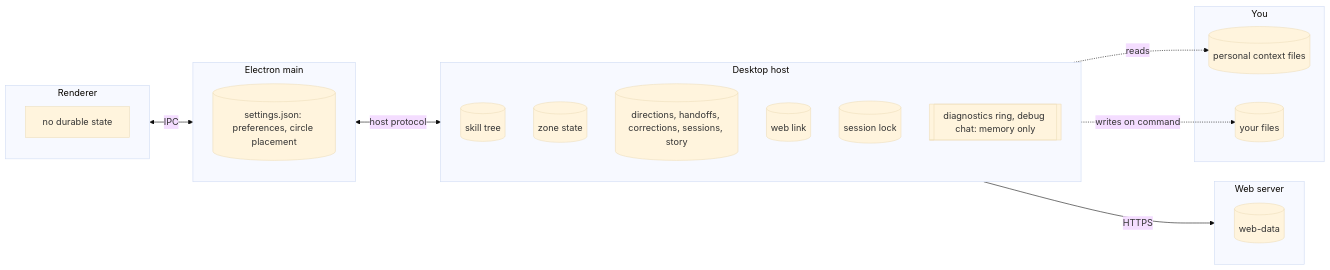
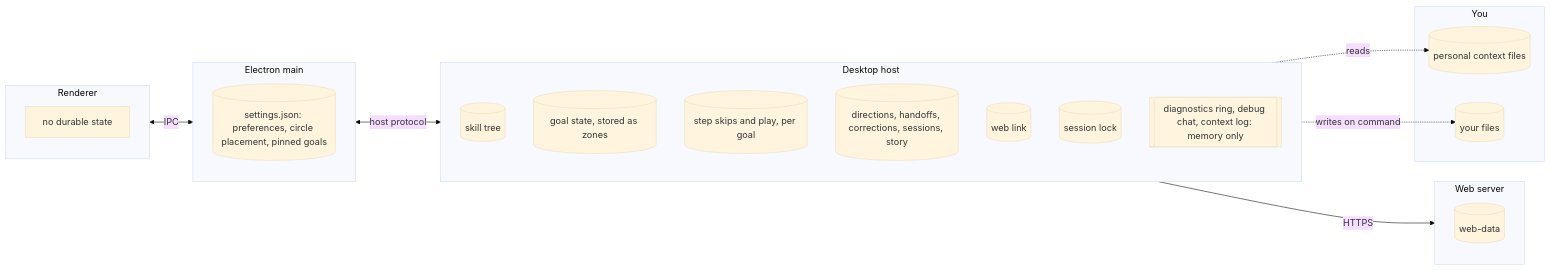
One commit to hub-ry/dum-intern changed the diagram in docs/architecture.md. Above: the diagram before and after it, drawn with Mermaid (base theme). The commit also changed other lines of this file and 79 other files, not shown here.

First line of the commit message:
circle column: Nothing-style monochrome UI, glass step pill, goals column, project continuity; API-only agents

````diff
--- a/docs/architecture.md
+++ b/docs/architecture.md
@@ -7,29 +7,30 @@
 ```mermaid
 flowchart LR
   subgraph MAIN["Electron main"]
-    settings[(settings.json: preferences, circle placement)]
+    settings[(settings.json: preferences, circle placement, pinned goals)]
   end
   subgraph HOST["Desktop host"]
     tree[(skill tree)]
-    zones[(zone state)]
+    zones[(goal state, stored as zones)]
+    steps[(step skips and play, per goal)]
     records[(directions, handoffs, corrections, sessions, story)]
     weblink[(web link)]
     lock[(session lock)]
-    diag[[diagnostics ring, debug chat: memory only]]
+    diag[[diagnostics ring, debug chat, context log: memory only]]
   end
   subgraph RENDERER["Renderer"]
     none[no durable state]
   end
   subgraph WEB["Web server"]
     webdata[(web-data)]
   end
   subgraph YOU["You"]
     context[(personal context files)]
     files[(your files)]
   end
   RENDERER <-- IPC --> MAIN
   MAIN <-- host protocol --> HOST
   HOST -- HTTPS --> WEB
   HOST -. writes on command .-> files
   HOST -. reads .-> context
 ```
````
